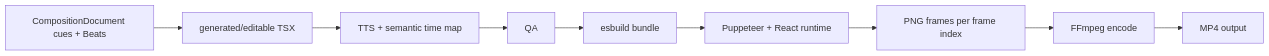
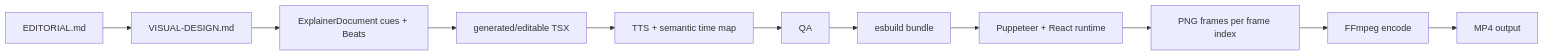
Before and after one commit to makesynt/seqvio: the diagram in docs/COMPOSITION-AUTHORING.md, drawn with Mermaid. The commit also changed other lines of this file and 76 other files, not shown here.

````diff
--- a/docs/COMPOSITION-AUTHORING.md
+++ b/docs/COMPOSITION-AUTHORING.md
@@ -204,11 +208,13 @@
 ```mermaid
 flowchart LR
-  IR[CompositionDocument cues + Beats] --> TSX[generated/editable TSX]
+  Editorial[EDITORIAL.md] --> Design[VISUAL-DESIGN.md]
+  Design --> IR[ExplainerDocument cues + Beats]
+  IR --> TSX[generated/editable TSX]
   TSX --> Audio[TTS + semantic time map]
   Audio --> QA[QA]
   QA --> Bundle[esbuild bundle]
   Bundle --> Browser[Puppeteer + React runtime]
   Browser --> Frames[PNG frames per frame index]
   Frames --> FFmpeg[FFmpeg encode]
   FFmpeg --> MP4[MP4 output]
 ```
````
